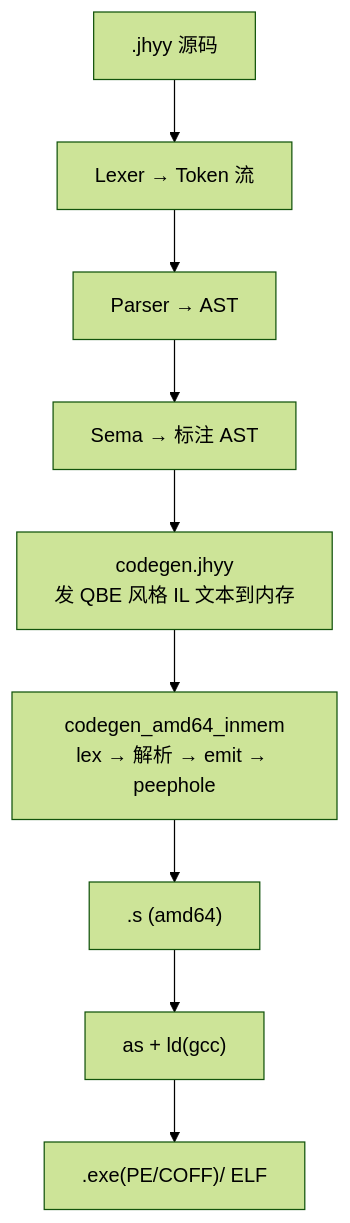
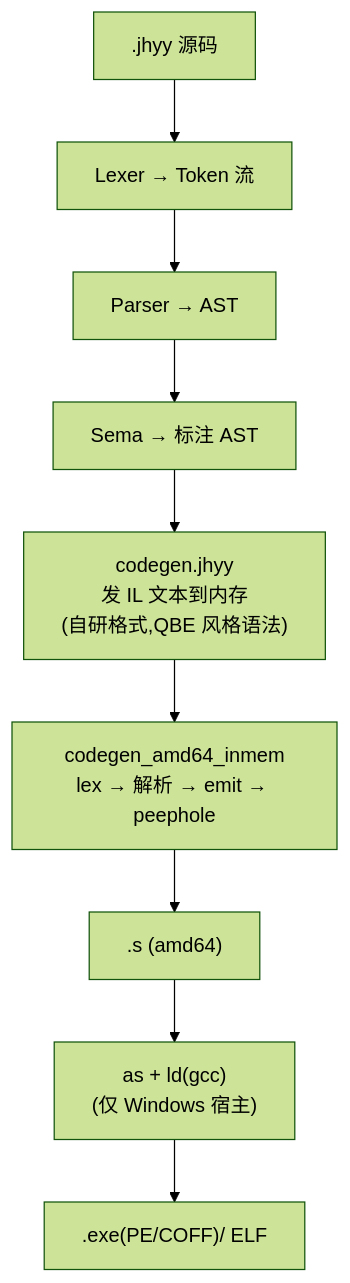
The diagram in README.zh-CN.md (JiHuiYiYou/JiHuiYiYou-compiler), drawn with Mermaid (forest theme) before and after one commit. The commit also changed other lines of this file and 38 other files, not shown here.

````diff
--- a/README.zh-CN.md
+++ b/README.zh-CN.md
@@ -260,11 +364,11 @@
 ```mermaid
 flowchart TB
     src[".jhyy 源码"] --> lex["Lexer → Token 流"]
     lex --> parse["Parser → AST"]
     parse --> sema["Sema → 标注 AST"]
-    sema --> il["codegen.jhyy<br/>发 QBE 风格 IL 文本到内存"]
+    sema --> il["codegen.jhyy<br/>发 IL 文本到内存<br/>(自研格式,QBE 风格语法)"]
     il --> sb["codegen_amd64_inmem<br/>lex → 解析 → emit → peephole"]
     sb --> asm[".s (amd64)"]
-    asm --> ln["as + ld(gcc)"]
+    asm --> ln["as + ld(gcc)<br/>(仅 Windows 宿主)"]
     ln --> exe[".exe(PE/COFF)/ ELF"]
 ```
````
